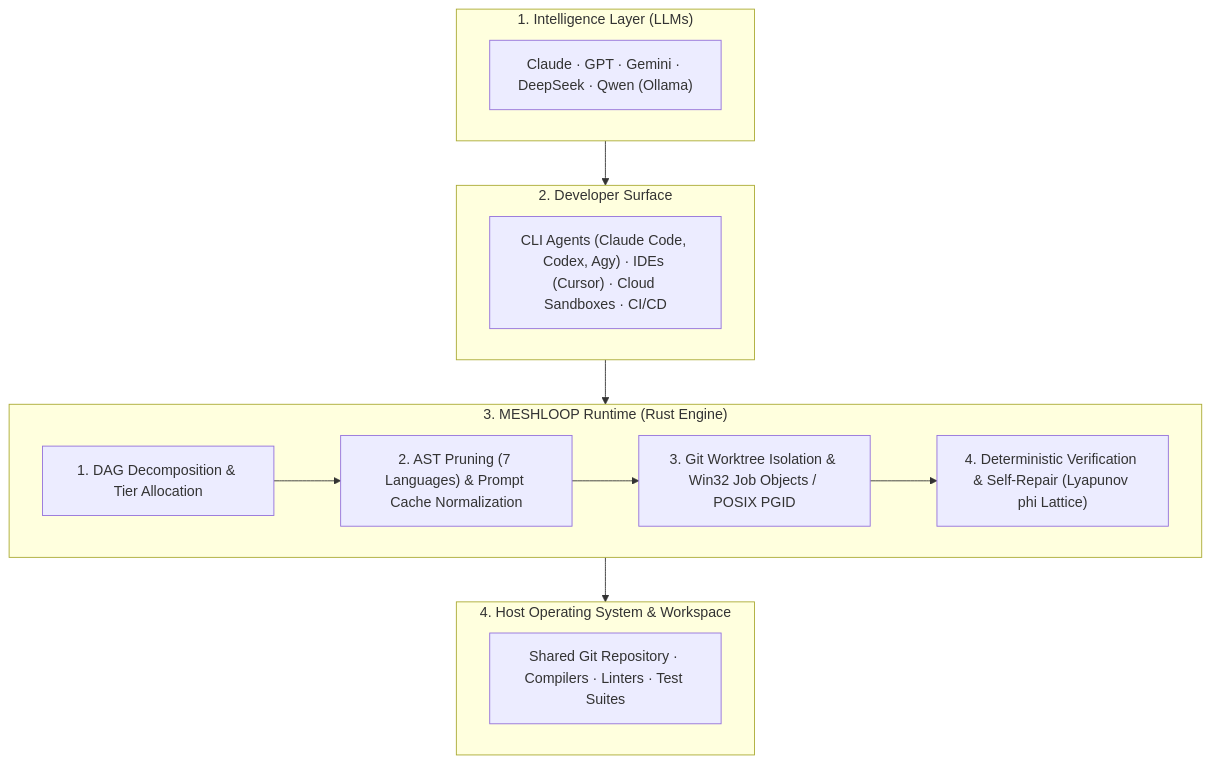
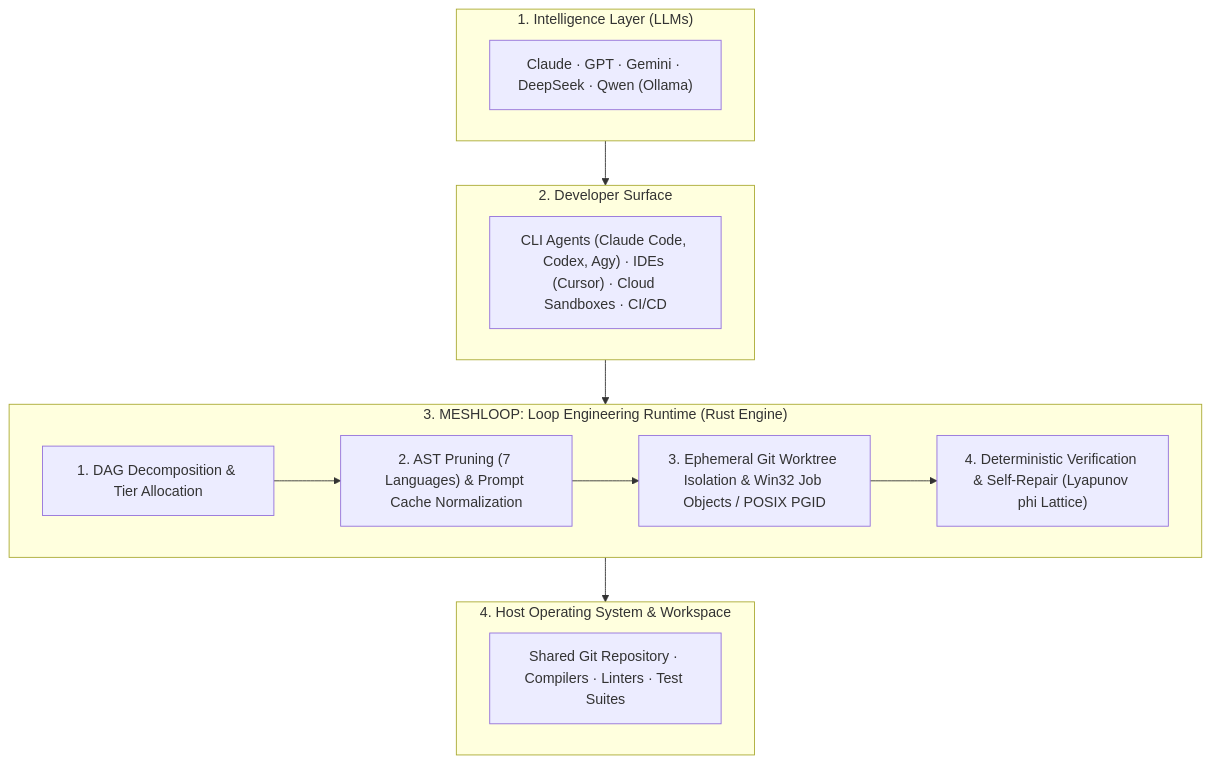
The third of 3 diagrams in docs/README.md (smota/meshloop), drawn with Mermaid before and after one commit. The commit also changed other lines of this file and 30 other files, not shown here.

````diff
--- a/docs/README.md
+++ b/docs/README.md
@@ -48,26 +94,26 @@
 ```mermaid
 flowchart TB
   subgraph L1 ["1. Intelligence Layer (LLMs)"]
     M["Claude · GPT · Gemini · DeepSeek · Qwen (Ollama)"]
   end
 
   subgraph L2 ["2. Developer Surface"]
     CLI["CLI Agents (Claude Code, Codex, Agy) · IDEs (Cursor) · Cloud Sandboxes · CI/CD"]
   end
 
-  subgraph L3 ["3. MESHLOOP Runtime (Rust Engine)"]
+  subgraph L3 ["3. MESHLOOP: Loop Engineering Runtime (Rust Engine)"]
     D["1. DAG Decomposition & Tier Allocation"]
     C["2. AST Pruning (7 Languages) & Prompt Cache Normalization"]
-    W["3. Git Worktree Isolation & Win32 Job Objects / POSIX PGID"]
+    W["3. Ephemeral Git Worktree Isolation & Win32 Job Objects / POSIX PGID"]
     V["4. Deterministic Verification & Self-Repair (Lyapunov phi Lattice)"]
     D --> C --> W --> V
   end
 
   subgraph L4 ["4. Host Operating System & Workspace"]
     Host["Shared Git Repository · Compilers · Linters · Test Suites"]
   end
 
   L1 --> L2
   L2 --> L3
   L3 --> L4
 ```
````
